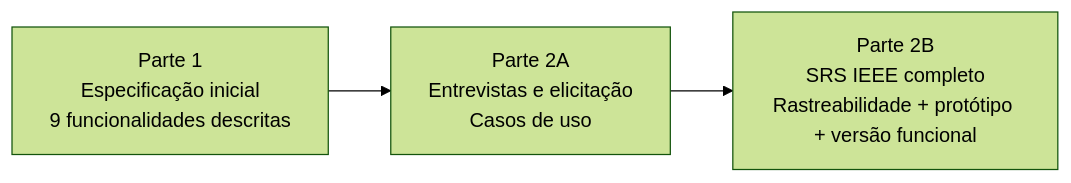
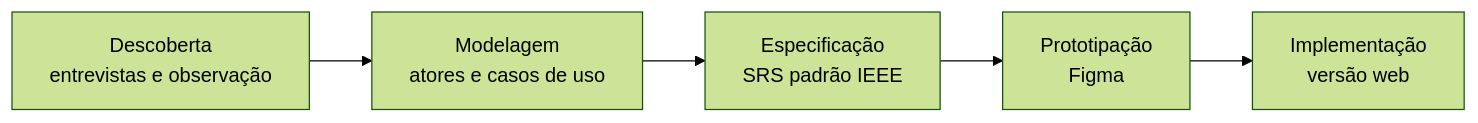
One commit to Amandapalacioo/sistema-juridico changed the diagram in README.md. Above: the diagram before and after it, drawn with Mermaid (forest theme). The commit also changed other lines of this file, not shown here.

````diff
--- a/README.md
+++ b/README.md
@@ -51,5 +61,7 @@
 ```mermaid
 flowchart LR
-    P1["Parte 1<br/>Especificação inicial<br/>9 funcionalidades descritas"] --> P2A["Parte 2A<br/>Entrevistas e elicitação<br/>Casos de uso"]
-    P2A --> P2B["Parte 2B<br/>SRS IEEE completo<br/>Rastreabilidade + protótipo + versão funcional"]
+    A["Descoberta<br/>entrevistas e observação"] --> B["Modelagem<br/>atores e casos de uso"]
+    B --> C["Especificação<br/>SRS padrão IEEE"]
+    C --> D["Prototipação<br/>Figma"]
+    D --> E["Implementação<br/>versão web"]
 ```
````
